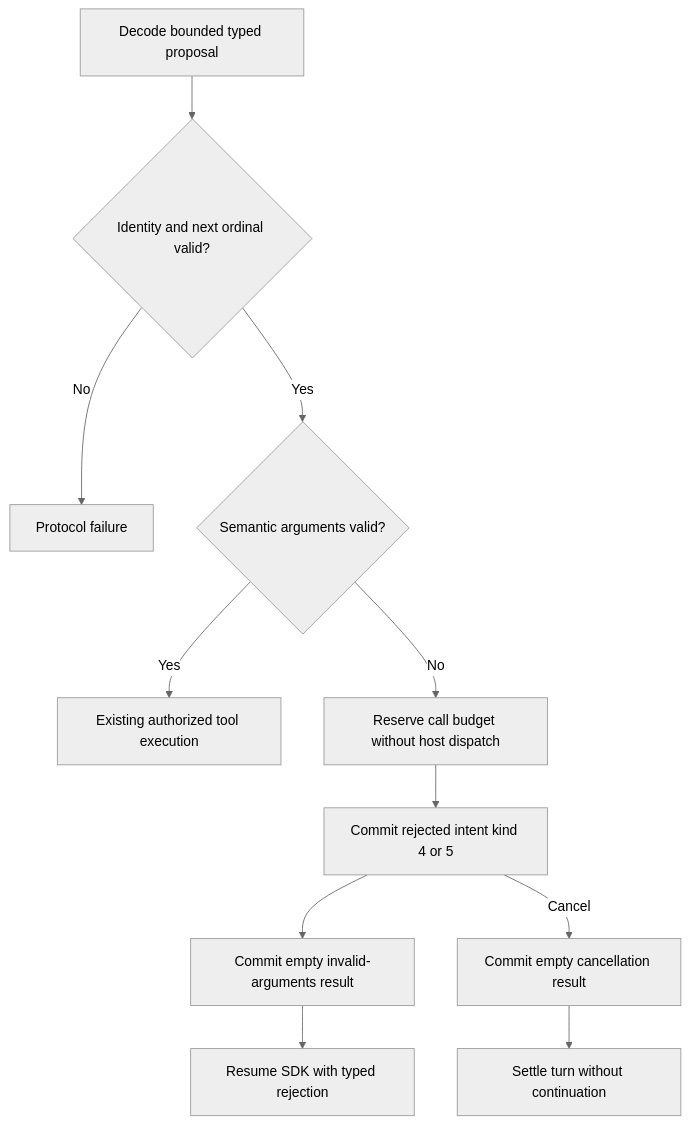
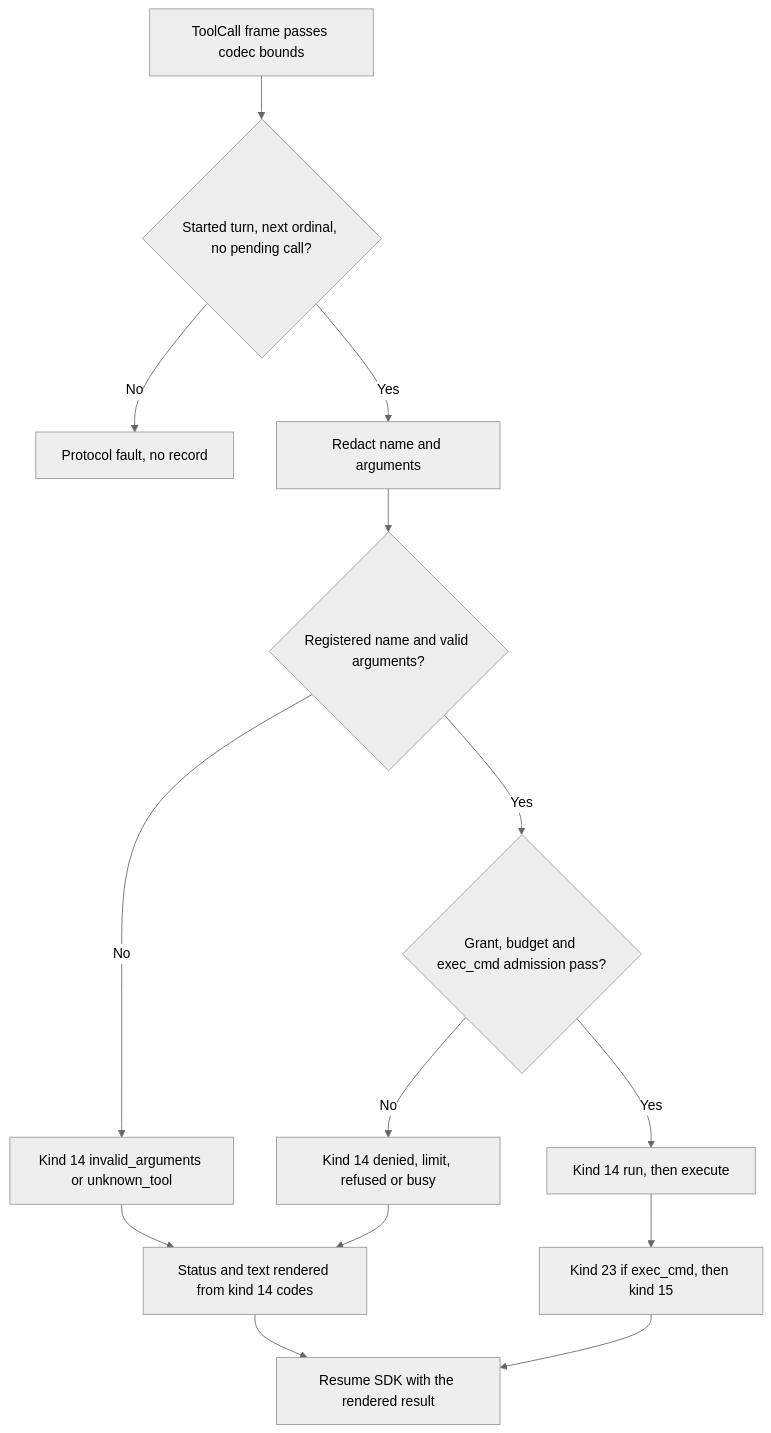
One commit to pidster/asura changed the seventh of 9 diagrams in docs/designs/model-tool-execution.md. Above: the diagram before and after it, drawn with Mermaid (neutral theme). The commit also changed other lines of this file and 77 other files, not shown here.

````diff
--- a/docs/designs/model-tool-execution.md
+++ b/docs/designs/model-tool-execution.md
@@ -603,13 +630,16 @@
 ```mermaid
 flowchart TD
-    Frame[Decode bounded typed proposal] --> Identity{Identity and next ordinal valid?}
-    Identity -->|No| Fault[Protocol failure]
-    Identity -->|Yes| Args{Semantic arguments valid?}
-    Args -->|Yes| Normal[Existing authorized tool execution]
-    Args -->|No| Reserve[Reserve call budget without host dispatch]
-    Reserve --> Intent[Commit rejected intent kind 4 or 5]
-    Intent --> Result[Commit empty invalid-arguments result]
-    Intent -->|Cancel| Failed[Commit empty cancellation result]
-    Result --> Callback[Resume SDK with typed rejection]
-    Failed --> Settle[Settle turn without continuation]
+    Frame[ToolCall frame passes codec bounds] --> Identity{Started turn, next ordinal, no pending call?}
+    Identity -->|No| Fault[Protocol fault, no record]
+    Identity -->|Yes| Redact[Redact name and arguments]
+    Redact --> Parse{Registered name and valid arguments?}
+    Parse -->|No| Invalid[Kind 14 invalid_arguments or unknown_tool]
+    Parse -->|Yes| Grant{Grant, budget and exec_cmd admission pass?}
+    Grant -->|No| Other[Kind 14 denied, limit, refused or busy]
+    Grant -->|Yes| Run[Kind 14 run, then execute]
+    Run --> Result[Kind 23 if exec_cmd, then kind 15]
+    Invalid --> Rendered[Status and text rendered from kind 14 codes]
+    Other --> Rendered
+    Rendered --> Callback[Resume SDK with the rendered result]
+    Result --> Callback
 ```
````
